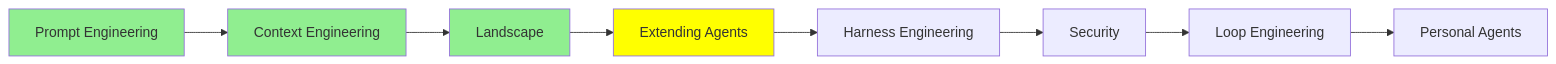
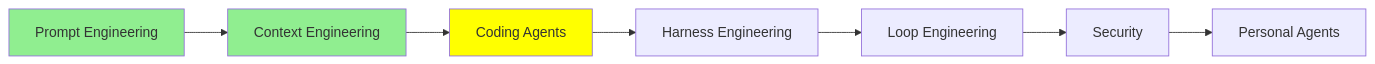
Before and after one commit to lokumai/ai-engineering-bazaar: the second of 2 diagrams in mini-courses/2_intermediate/coding_agents.md, drawn with Mermaid. The commit also changed 23 other files, not shown here.

````diff
--- a/mini-courses/2_intermediate/coding_agents.md
+++ b/mini-courses/2_intermediate/coding_agents.md
@@ -267,14 +267,12 @@
 ```mermaid
 graph LR
     A[Prompt Engineering] --> B[Context Engineering]
-    B --> C[Landscape]
-    C --> D[Extending Agents]
-    D --> E[Harness Engineering]
+    B --> C[Coding Agents]
+    C --> D[Harness Engineering]
+    D --> E[Loop Engineering]
     E --> F[Security]
-    F --> G[Loop Engineering]
-    G --> H[Personal Agents]
+    F --> G[Personal Agents]
     style A fill:#90EE90
     style B fill:#90EE90
-    style C fill:#90EE90
-    style D fill:#FFFF00
+    style C fill:#FFFF00
 ```
````
